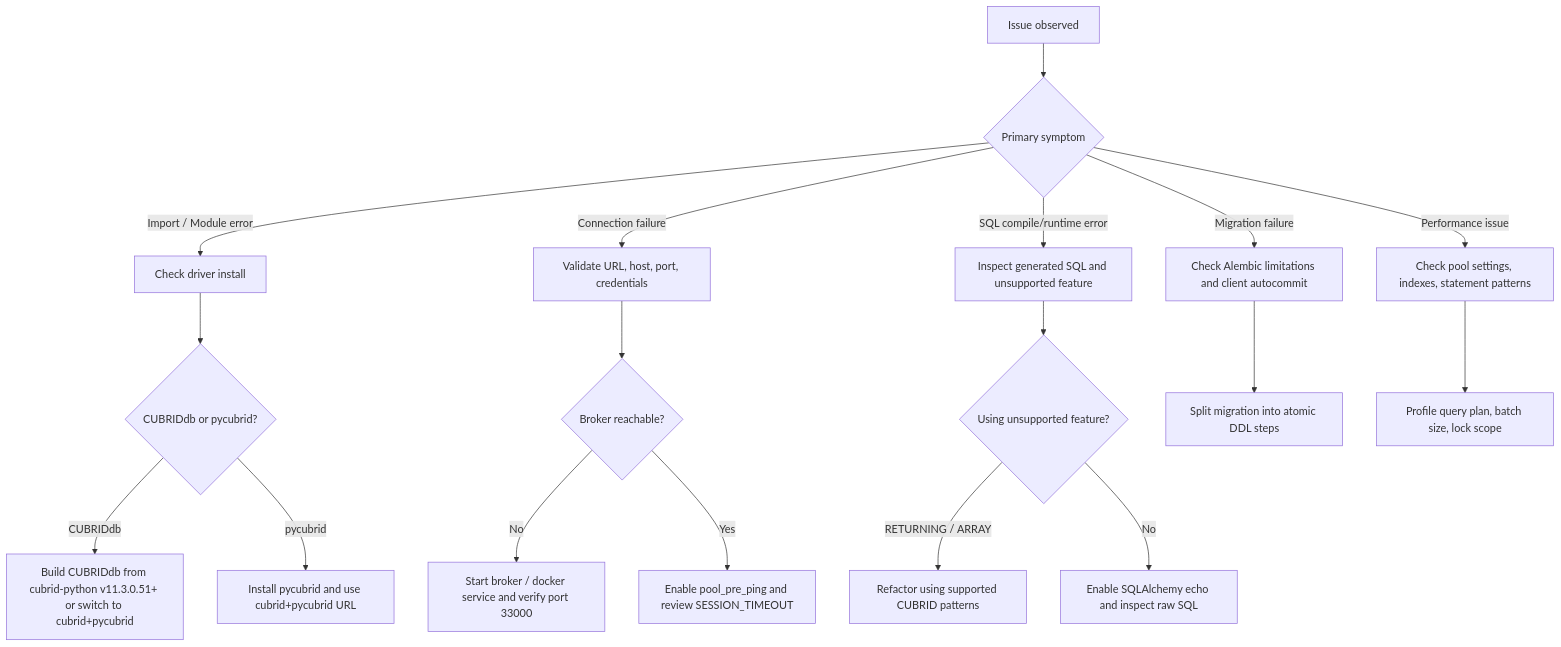
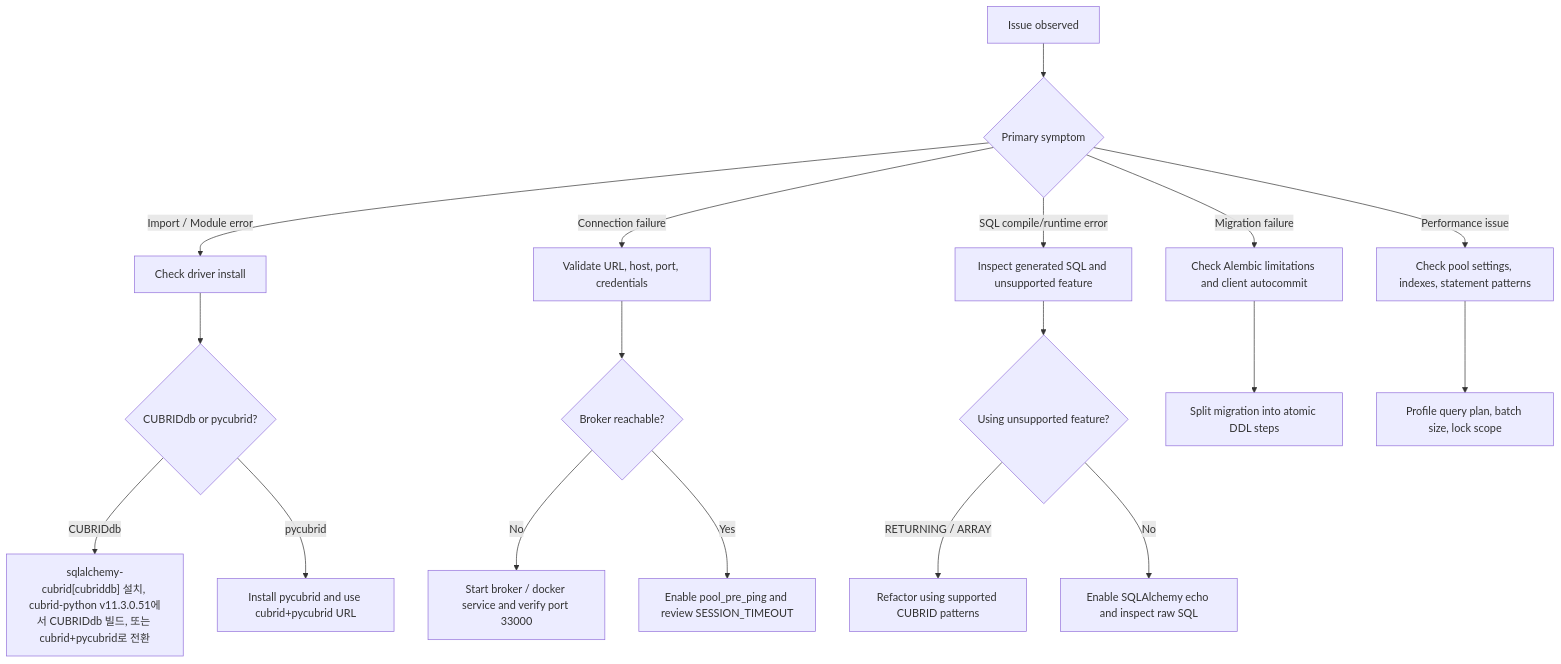
The diagram in docs/ko/TROUBLESHOOTING.md (cubrid-lab/sqlalchemy-cubrid), drawn with Mermaid before and after one commit. The commit also changed 12 other files, not shown here.

````diff
--- a/docs/ko/TROUBLESHOOTING.md
+++ b/docs/ko/TROUBLESHOOTING.md
@@ -1387,24 +1387,24 @@
 ```mermaid
 flowchart TD
     start[Issue observed] --> kind{Primary symptom}
     kind -->|Import / Module error| install[Check driver install]
     kind -->|Connection failure| conn[Validate URL, host, port, credentials]
     kind -->|SQL compile/runtime error| sql[Inspect generated SQL and unsupported feature]
     kind -->|Migration failure| mig[Check Alembic limitations and client autocommit]
     kind -->|Performance issue| perf[Check pool settings, indexes, statement patterns]
 
     install --> i1{CUBRIDdb or pycubrid?}
-    i1 -->|CUBRIDdb| i2[Build CUBRIDdb from cubrid-python v11.3.0.51+ or switch to cubrid+pycubrid]
+    i1 -->|CUBRIDdb| i2["sqlalchemy-cubrid[cubriddb] 설치, cubrid-python v11.3.0.51에서 CUBRIDdb 빌드, 또는 cubrid+pycubrid로 전환"]
     i1 -->|pycubrid| i3[Install pycubrid and use cubrid+pycubrid URL]
 
     conn --> c1{Broker reachable?}
     c1 -->|No| c2[Start broker / docker service and verify port 33000]
     c1 -->|Yes| c3[Enable pool_pre_ping and review SESSION_TIMEOUT]
 
     sql --> s1{Using unsupported feature?}
     s1 -->|RETURNING / ARRAY| s2[Refactor using supported CUBRID patterns]
     s1 -->|No| s3[Enable SQLAlchemy echo and inspect raw SQL]
 
     mig --> m1[Split migration into atomic DDL steps]
     perf --> p1[Profile query plan, batch size, lock scope]
 ```
````
